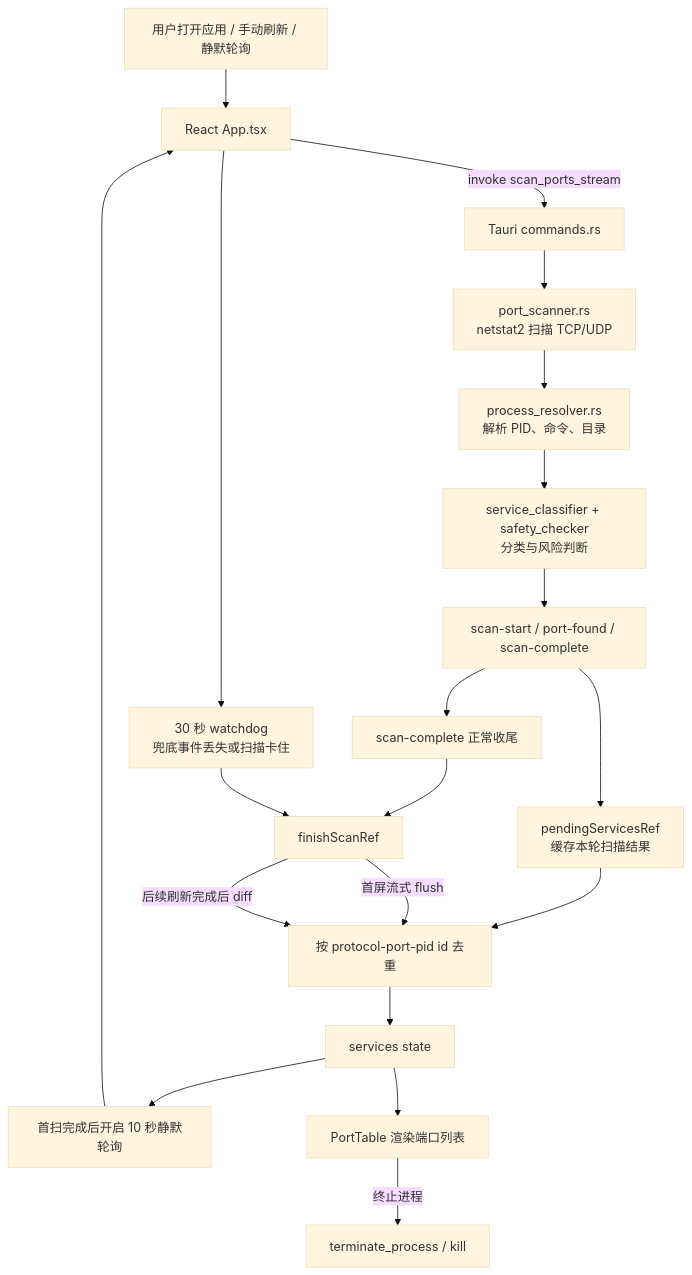
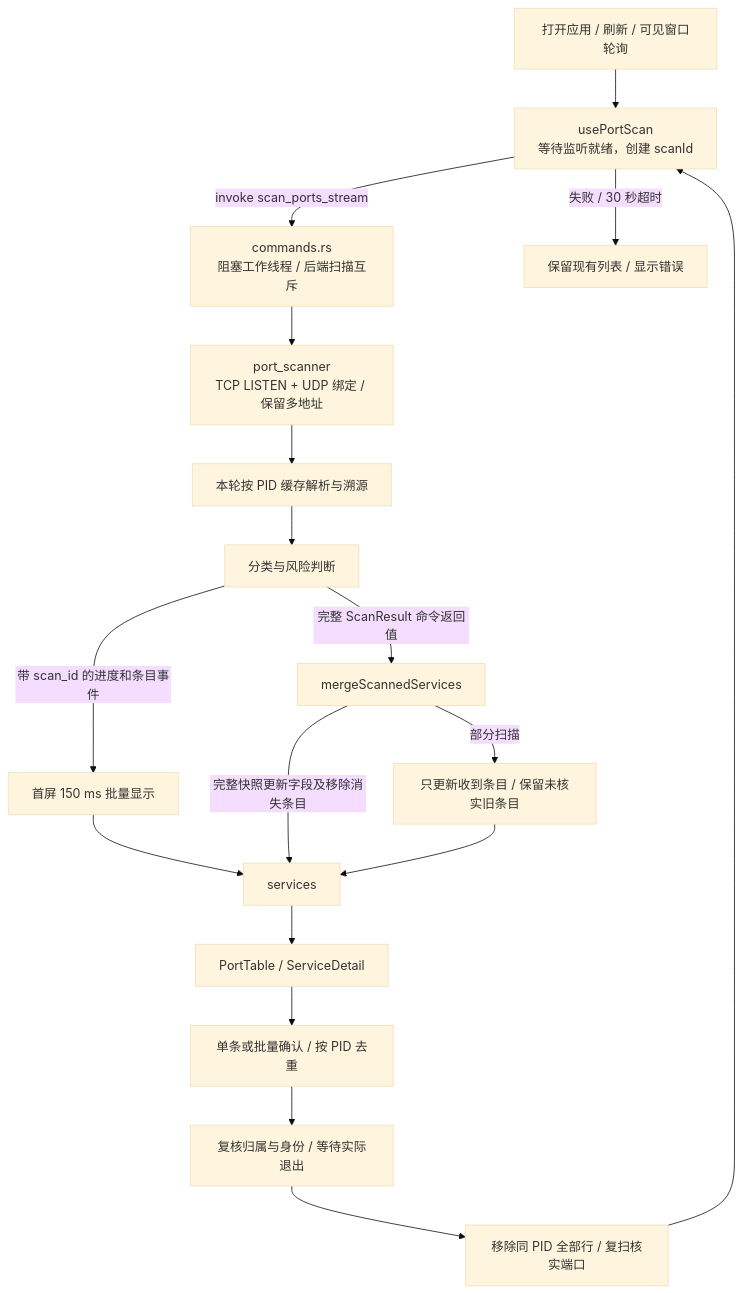
Before and after one commit to soBigRice/port-guardian: the diagram in README.md, drawn with Mermaid (base theme). The commit also changed other lines of this file and 31 other files, not shown here.

````diff
--- a/README.md
+++ b/README.md
@@ -135,22 +123,20 @@
 ```mermaid
 flowchart TD
-  User["用户打开应用 / 手动刷新 / 静默轮询"] --> App["React App.tsx"]
-  App -->|"invoke scan_ports_stream"| Commands["Tauri commands.rs"]
-  Commands --> Scanner["port_scanner.rs<br/>netstat2 扫描 TCP/UDP"]
-  Scanner --> Resolver["process_resolver.rs<br/>解析 PID、命令、目录"]
-  Resolver --> Classifier["service_classifier + safety_checker<br/>分类与风险判断"]
-  Classifier --> Events["scan-start / port-found / scan-complete"]
-  Events --> Pending["pendingServicesRef<br/>缓存本轮扫描结果"]
-  Events --> Complete["scan-complete 正常收尾"]
-  App --> Watchdog["30 秒 watchdog<br/>兜底事件丢失或扫描卡住"]
-  Complete --> Finish["finishScanRef"]
-  Watchdog --> Finish
-  Pending --> Dedupe["按 protocol-port-pid id 去重"]
-  Finish -->|"首屏流式 flush"| Dedupe
-  Finish -->|"后续刷新完成后 diff"| Dedupe
-  Dedupe --> Services["services state"]
-  Services --> Polling["首扫完成后开启 10 秒静默轮询"]
-  Polling --> App
-  Services --> Table["PortTable 渲染端口列表"]
-  Table -->|"终止进程"| Terminator["terminate_process / kill"]
+  User["打开应用 / 刷新 / 可见窗口轮询"] --> Hook["usePortScan<br/>等待监听就绪，创建 scanId"]
+  Hook -->|"invoke scan_ports_stream"| Commands["commands.rs<br/>阻塞工作线程 / 后端扫描互斥"]
+  Commands --> Scanner["port_scanner<br/>TCP LISTEN + UDP 绑定 / 保留多地址"]
+  Scanner --> Resolver["本轮按 PID 缓存解析与溯源"]
+  Resolver --> Classifier["分类与风险判断"]
+  Classifier -->|"带 scan_id 的进度和条目事件"| Stream["首屏 150 ms 批量显示"]
+  Classifier -->|"完整 ScanResult 命令返回值"| Merge["mergeScannedServices"]
+  Stream --> List["services"]
+  Merge -->|"完整快照更新字段及移除消失条目"| List
+  Hook -->|"失败 / 30 秒超时"| Error["保留现有列表 / 显示错误"]
+  Merge -->|"部分扫描"| Partial["只更新收到条目 / 保留未核实旧条目"]
+  Partial --> List
+  List --> Table["PortTable / ServiceDetail"]
+  Table --> Confirm["单条或批量确认 / 按 PID 去重"]
+  Confirm --> Terminate["复核归属与身份 / 等待实际退出"]
+  Terminate --> Rescan["移除同 PID 全部行 / 复扫核实端口"]
+  Rescan --> Hook
 ```
````
